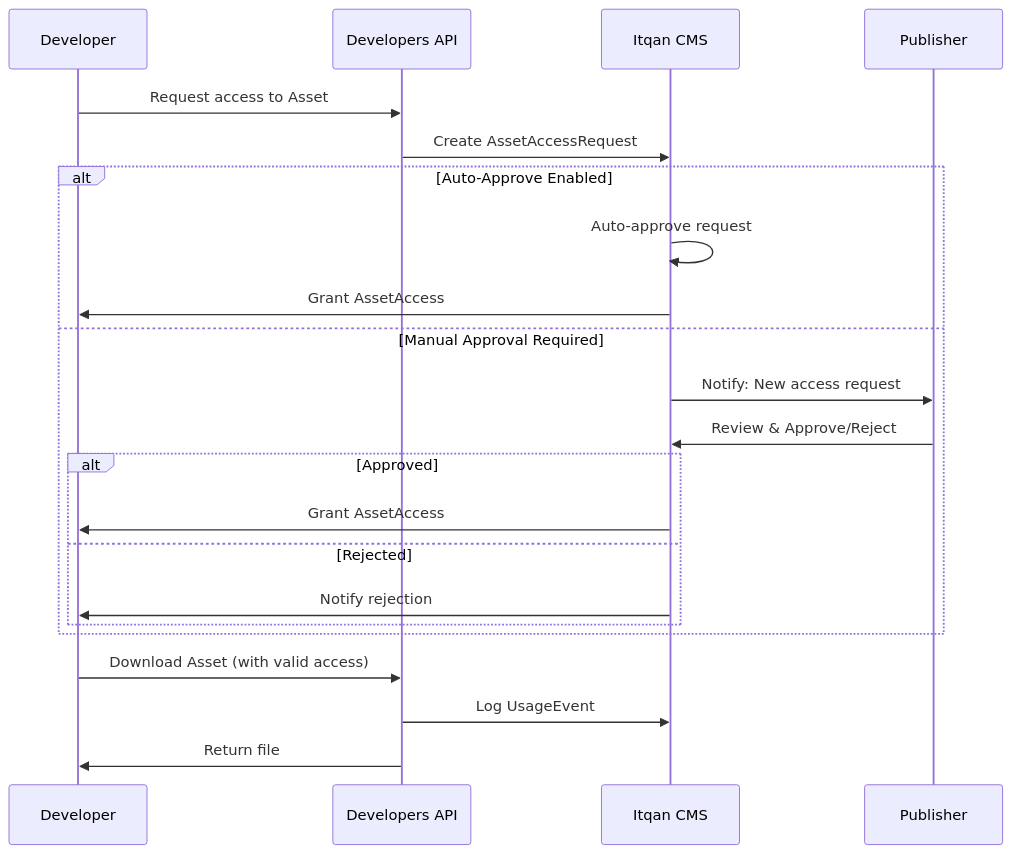
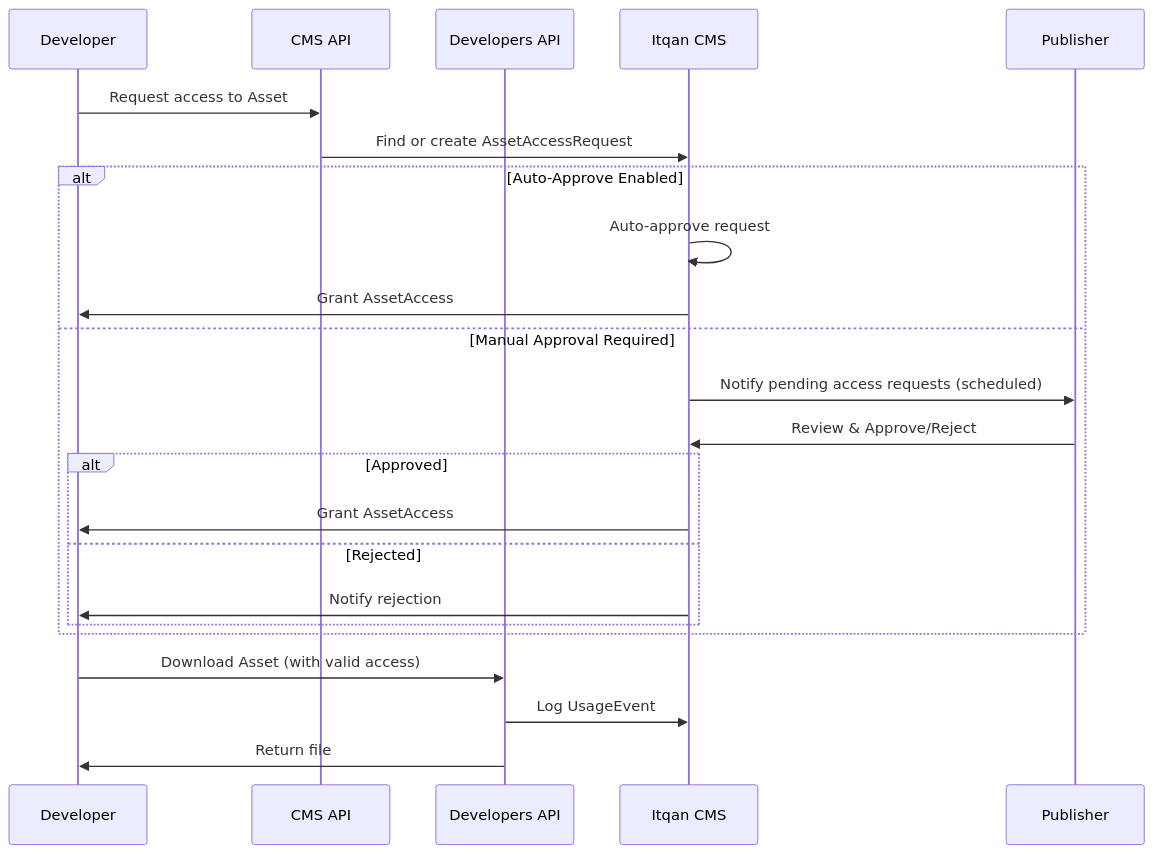
One commit to Itqan-community/cms-backend changed the fourth of 8 diagrams in docs/ARCHITECTURE.md. Above: the diagram before and after it, drawn with Mermaid. The commit also changed other lines of this file and 4 other files, not shown here.

Commit message:
fix(content): prevent asset access request races

````diff
--- a/docs/ARCHITECTURE.md
+++ b/docs/ARCHITECTURE.md
@@ -365,27 +370,28 @@
 ```mermaid
 sequenceDiagram
     participant Dev as Developer
+    participant CMS as CMS API
     participant API as Developers API
     participant System as Itqan CMS
     participant Pub as Publisher
 
-    Dev->>API: Request access to Asset
-    API->>System: Create AssetAccessRequest
+    Dev->>CMS: Request access to Asset
+    CMS->>System: Find or create AssetAccessRequest
 
     alt Auto-Approve Enabled
         System->>System: Auto-approve request
         System->>Dev: Grant AssetAccess
     else Manual Approval Required
-        System->>Pub: Notify: New access request
+        System->>Pub: Notify pending access requests (scheduled)
         Pub->>System: Review & Approve/Reject
         alt Approved
             System->>Dev: Grant AssetAccess
         else Rejected
             System->>Dev: Notify rejection
         end
     end
 
     Dev->>API: Download Asset (with valid access)
     API->>System: Log UsageEvent
     API->>Dev: Return file
 ```
````
